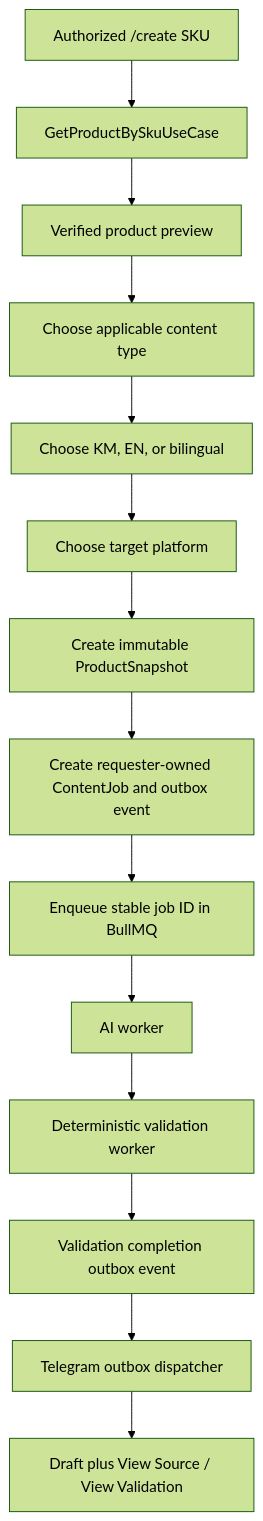
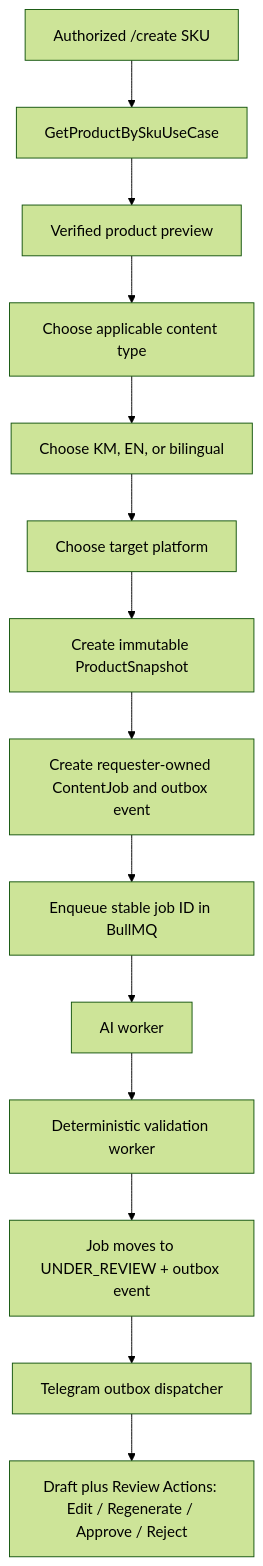
Before and after one commit to Thna17/parisian-shopper-ai: the diagram in docs/telegram-bot.md, drawn with Mermaid (forest theme). The commit also changed other lines of this file and 43 other files, not shown here.

````diff
--- a/docs/telegram-bot.md
+++ b/docs/telegram-bot.md
@@ -22,16 +35,16 @@
 ```mermaid
 flowchart TD
     A[Authorized /create SKU] --> B[GetProductBySkuUseCase]
     B --> C[Verified product preview]
     C --> D[Choose applicable content type]
     D --> E[Choose KM, EN, or bilingual]
     E --> F[Choose target platform]
     F --> G[Create immutable ProductSnapshot]
     G --> H[Create requester-owned ContentJob and outbox event]
     H --> I[Enqueue stable job ID in BullMQ]
     I --> J[AI worker]
     J --> K[Deterministic validation worker]
-    K --> L[Validation completion outbox event]
+    K --> L[Job moves to UNDER_REVIEW + outbox event]
     L --> M[Telegram outbox dispatcher]
-    M --> N[Draft plus View Source / View Validation]
+    M --> N[Draft plus Review Actions: Edit / Regenerate / Approve / Reject]
 ```
````
